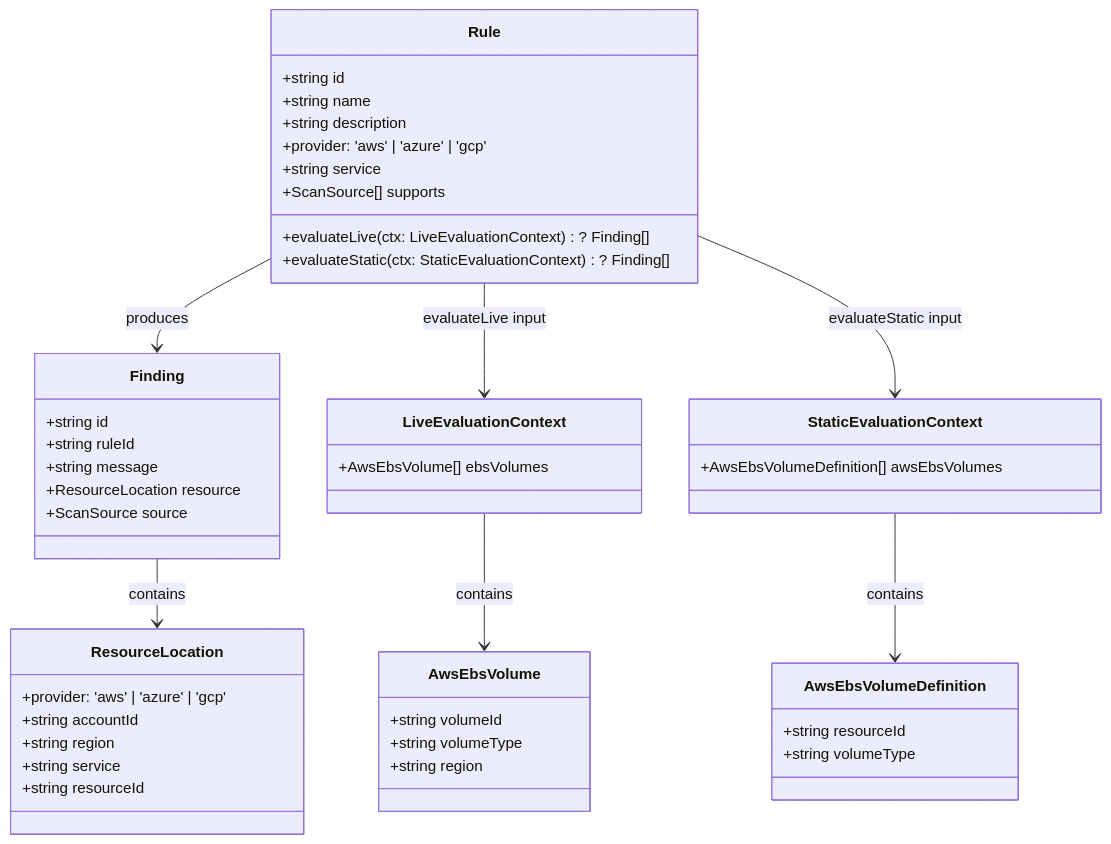
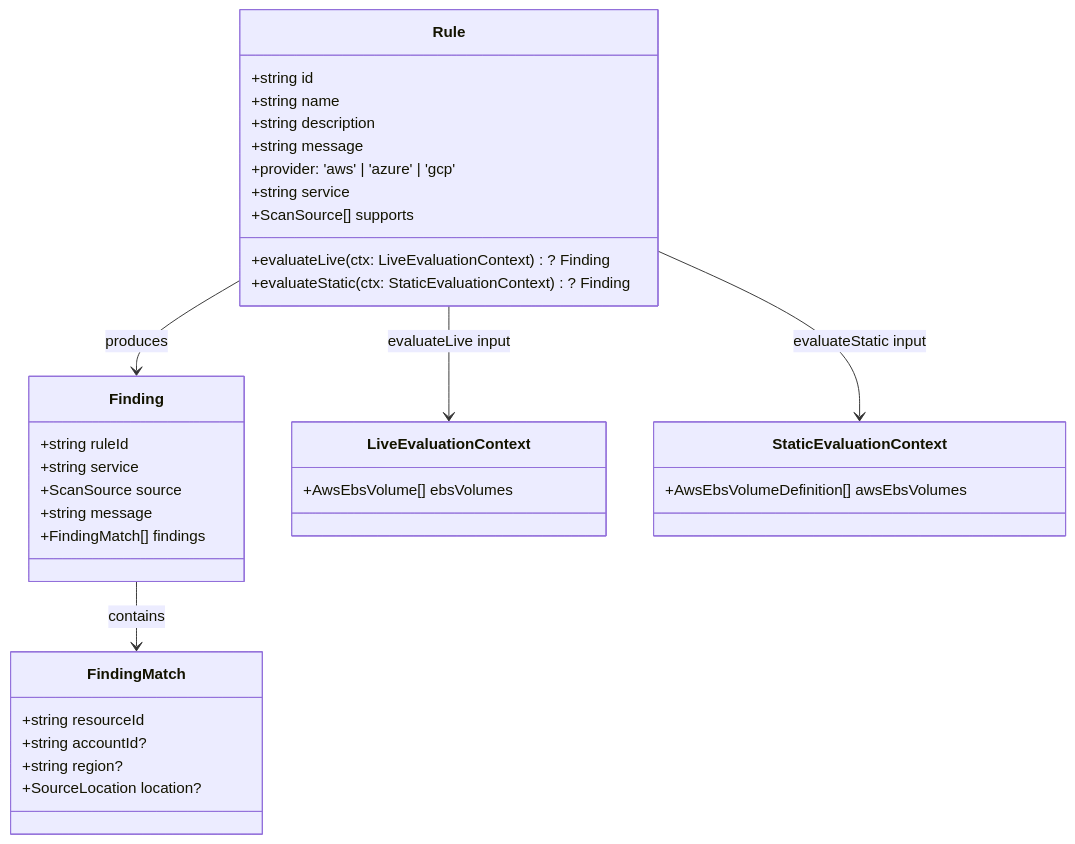
Before and after one commit to towardsthecloud/cloudburn: the first of 2 diagrams in docs/architecture/rules.md, drawn with Mermaid. The commit also changed other lines of this file and 43 other files, not shown here.

First line of the commit message:
refactor: group scan results by provider and rule (#10)

````diff
--- a/docs/architecture/rules.md
+++ b/docs/architecture/rules.md
@@ -5,55 +5,42 @@
 ```mermaid
 classDiagram
   class Rule {
     +string id
     +string name
     +string description
+    +string message
     +provider: 'aws' | 'azure' | 'gcp'
     +string service
     +ScanSource[] supports
-    +evaluateLive(ctx: LiveEvaluationContext)? Finding[]
-    +evaluateStatic(ctx: StaticEvaluationContext)? Finding[]
+    +evaluateLive(ctx: LiveEvaluationContext)? Finding
+    +evaluateStatic(ctx: StaticEvaluationContext)? Finding
   }
 
   class Finding {
-    +string id
     +string ruleId
+    +string service
+    +ScanSource source
     +string message
-    +ResourceLocation resource
-    +ScanSource source
+    +FindingMatch[] findings
   }
 
-  class ResourceLocation {
-    +provider: 'aws' | 'azure' | 'gcp'
-    +string accountId
-    +string region
-    +string service
+  class FindingMatch {
     +string resourceId
+    +string accountId?
+    +string region?
+    +SourceLocation location?
   }
 
   class LiveEvaluationContext {
     +AwsEbsVolume[] ebsVolumes
   }
 
   class StaticEvaluationContext {
     +AwsEbsVolumeDefinition[] awsEbsVolumes
   }
 
-  class AwsEbsVolume {
-    +string volumeId
-    +string volumeType
-    +string region
-  }
-
-  class AwsEbsVolumeDefinition {
-    +string resourceId
-    +string volumeType
-  }
-
   Rule --> Finding : produces
-  Finding --> ResourceLocation : contains
+  Finding --> FindingMatch : contains
   Rule --> LiveEvaluationContext : evaluateLive input
   Rule --> StaticEvaluationContext : evaluateStatic input
-  LiveEvaluationContext --> AwsEbsVolume : contains
-  StaticEvaluationContext --> AwsEbsVolumeDefinition : contains
 ```
````
